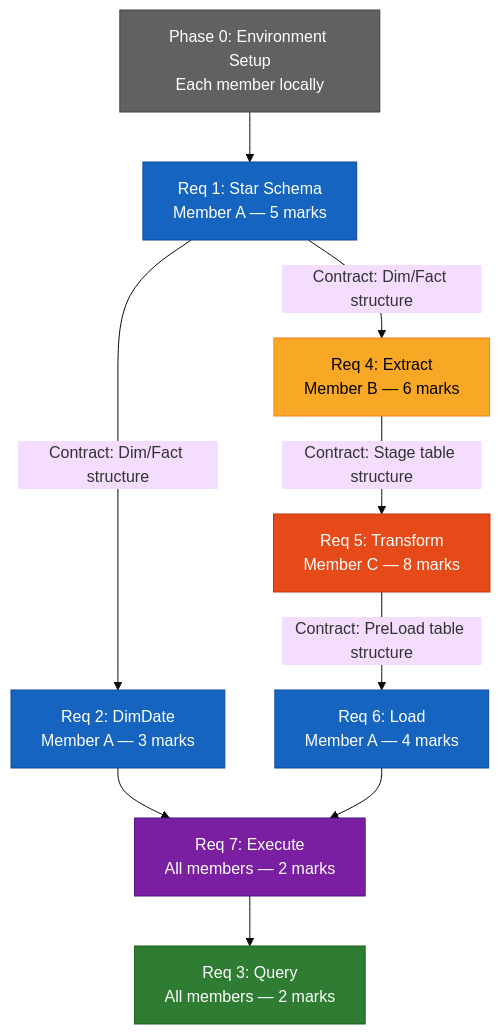
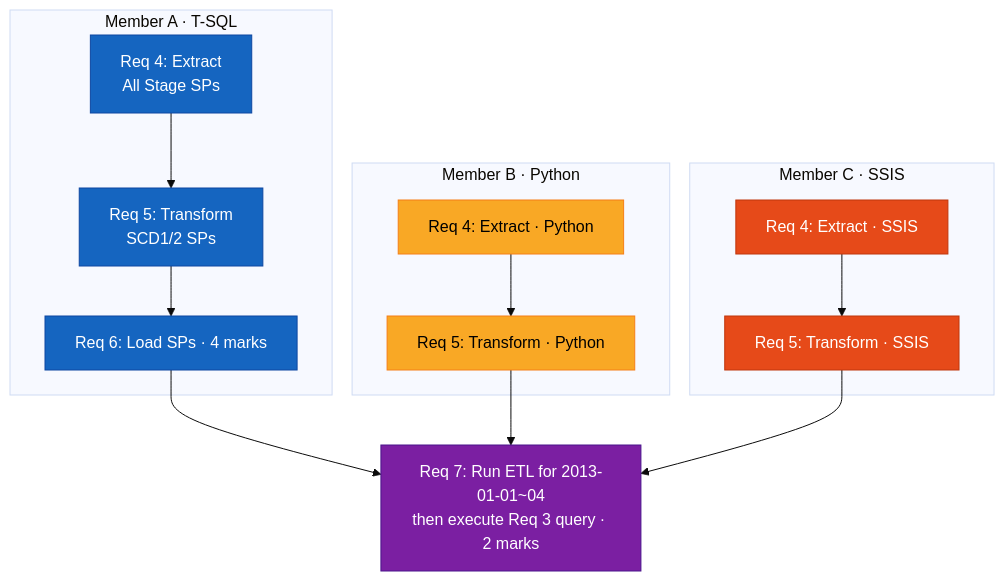
The third of 3 diagrams in README.md (JindoKimKor/wwi-etl-pipeline), drawn with Mermaid (base theme) before and after one commit. The commit also changed other lines of this file and 65 other files, not shown here.

First line of the commit message:
feat(req1): Add Star Schema DDL, exploration notebook, and SPEC redesign

````diff
--- a/README.md
+++ b/README.md
@@ -168,29 +209,36 @@
 ```mermaid
-flowchart TD
-    P0["Phase 0: Environment Setup<br>Each member locally"]
-    R1["Req 1: Star Schema<br>Member A — 5 marks"]
-    R2["Req 2: DimDate<br>Member A — 3 marks"]
-    R4["Req 4: Extract<br>Member B — 6 marks"]
-    R5["Req 5: Transform<br>Member C — 8 marks"]
-    R6["Req 6: Load<br>Member A — 4 marks"]
-    R7["Req 7: Execute<br>All members — 2 marks"]
-    R3["Req 3: Query<br>All members — 2 marks"]
+flowchart TB
+    subgraph A_TRACK["Member A · T-SQL"]
+        R4A["Req 4: Extract<br>All Stage SPs"]
+        R5A["Req 5: Transform<br>SCD1/2 SPs"]
+        R6["Req 6: Load SPs · 4 marks"]
+        R4A --> R5A --> R6
+    end
 
-    P0 --> R1
-    R1 -- "Contract: Dim/Fact structure" --> R2
-    R1 -- "Contract: Dim/Fact structure" --> R4
-    R4 -- "Contract: Stage table structure" --> R5
-    R5 -- "Contract: PreLoad table structure" --> R6
-    R2 --> R7
+    subgraph B_TRACK["Member B · Python"]
+        R4B["Req 4: Extract · Python"]
+        R5B["Req 5: Transform · Python"]
+        R4B --> R5B
+    end
+
+    subgraph C_TRACK["Member C · SSIS"]
+        R4C["Req 4: Extract · SSIS"]
+        R5C["Req 5: Transform · SSIS"]
+        R4C --> R5C
+    end
+
+    R7["Req 7: Run ETL for 2013-01-01~04<br>then execute Req 3 query · 2 marks"]
+
     R6 --> R7
-    R7 --> R3
+    R5B --> R7
+    R5C --> R7
 
-    style P0 fill:#616161,stroke:#424242,color:#fff
-    style R1 fill:#1565c0,stroke:#0d47a1,color:#fff
-    style R2 fill:#1565c0,stroke:#0d47a1,color:#fff
-    style R3 fill:#2e7d32,stroke:#1b5e20,color:#fff
-    style R4 fill:#f9a825,stroke:#f57f17,color:#000
-    style R5 fill:#e64a19,stroke:#bf360c,color:#fff
+    style R4A fill:#1565c0,stroke:#0d47a1,color:#fff
+    style R5A fill:#1565c0,stroke:#0d47a1,color:#fff
     style R6 fill:#1565c0,stroke:#0d47a1,color:#fff
     style R7 fill:#7b1fa2,stroke:#4a148c,color:#fff
+    style R4B fill:#f9a825,stroke:#f57f17,color:#000
+    style R5B fill:#f9a825,stroke:#f57f17,color:#000
+    style R4C fill:#e64a19,stroke:#bf360c,color:#fff
+    style R5C fill:#e64a19,stroke:#bf360c,color:#fff
 ```
````
